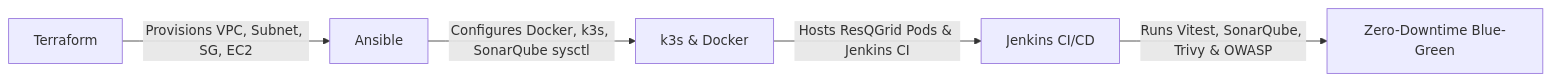
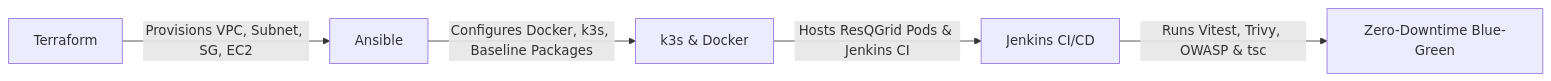
The diagram in ansible/README.md (RichieRichard0000/resqgrid-devops), drawn with Mermaid before and after one commit. The commit also changed other lines of this file and 7 other files, not shown here.

Commit message:
chore: remove SonarQube to eliminate memory overhead, retain lightweight SAST & SCA (Trivy + OWASP)

````diff
--- a/ansible/README.md
+++ b/ansible/README.md
@@ -87,7 +73,7 @@
 ```mermaid
 flowchart LR
     A["Terraform"] -->|"Provisions VPC, Subnet, SG, EC2"| B["Ansible"]
-    B -->|"Configures Docker, k3s, SonarQube sysctl"| C["k3s & Docker"]
+    B -->|"Configures Docker, k3s, Baseline Packages"| C["k3s & Docker"]
     C -->|"Hosts ResQGrid Pods & Jenkins CI"| D["Jenkins CI/CD"]
-    D -->|"Runs Vitest, SonarQube, Trivy & OWASP"| E["Zero-Downtime Blue-Green"]
+    D -->|"Runs Vitest, Trivy, OWASP & tsc"| E["Zero-Downtime Blue-Green"]
 ```
````
